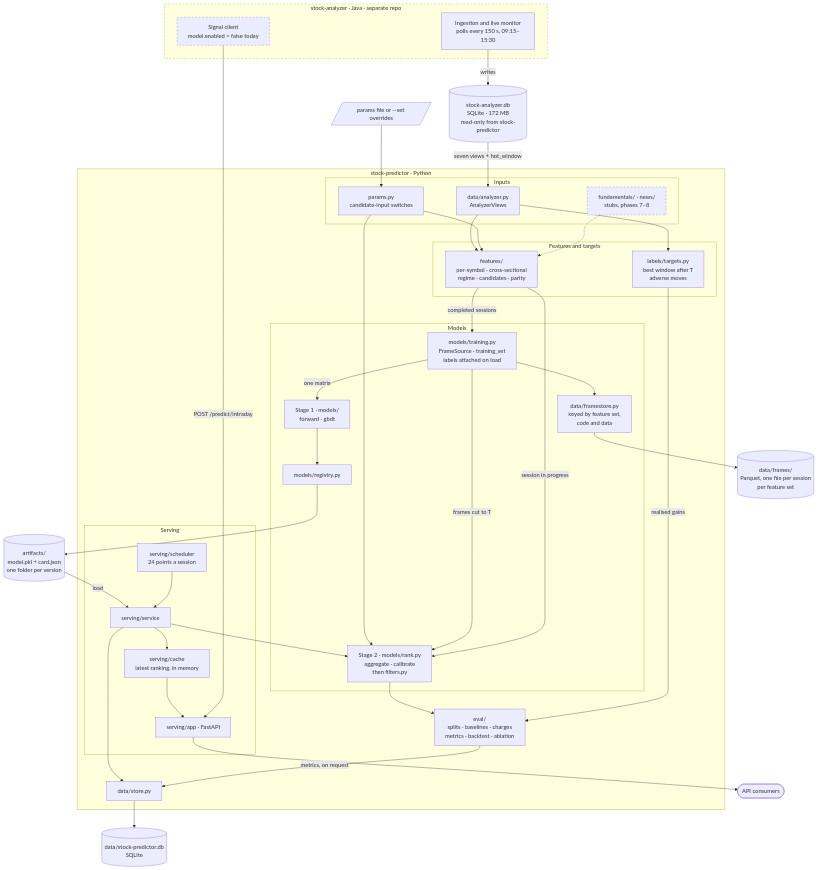
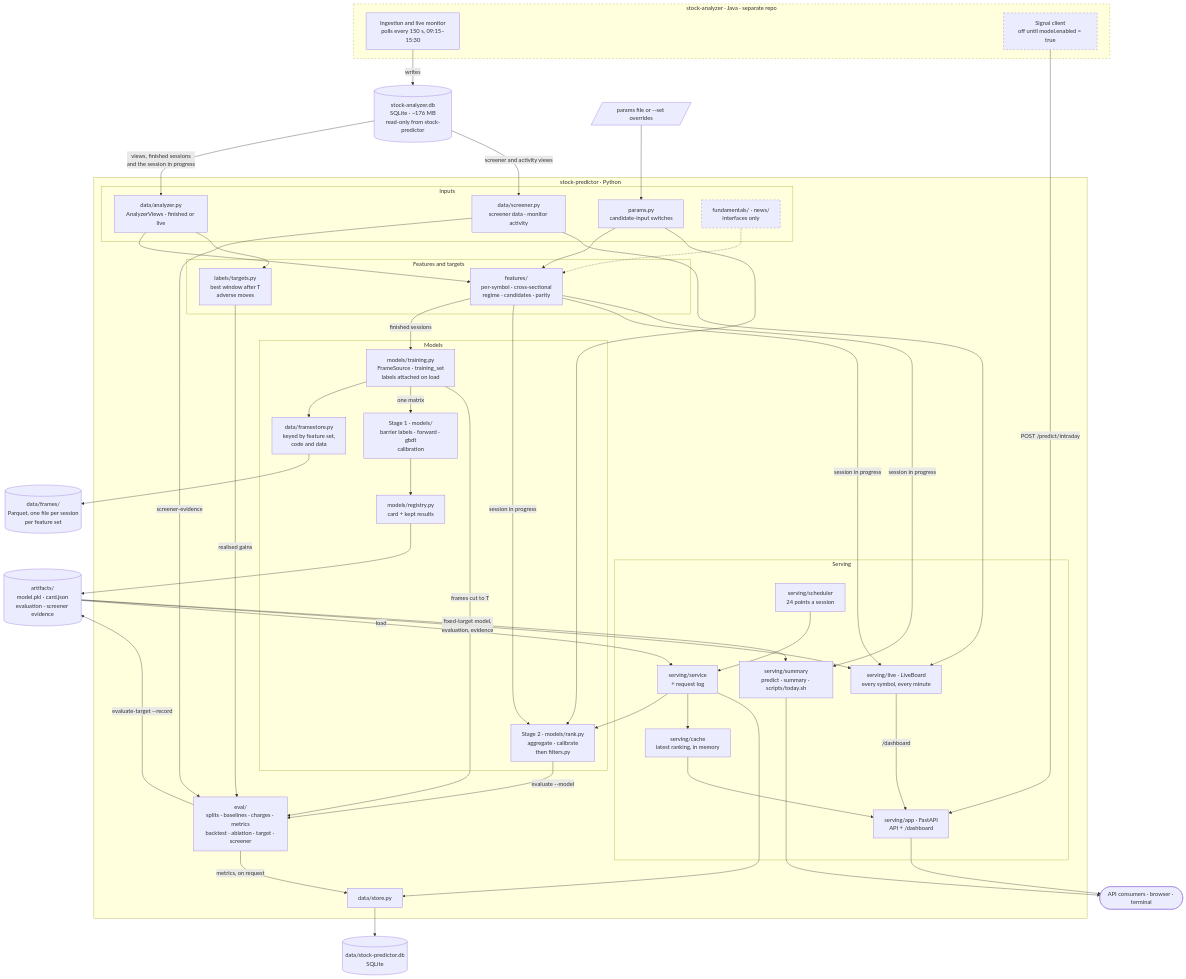
The diagram in docs/ARCHITECTURE.md (agnbha/stock-predictor), drawn with Mermaid before and after one commit. The commit also changed other lines of this file and 2 other files, not shown here.

First line of the commit message:
Consolidate the design and architecture docs

```diff
--- a/docs/ARCHITECTURE.md
+++ b/docs/ARCHITECTURE.md
@@ -13,16 +14,17 @@
 flowchart TB
   subgraph SA["stock-analyzer · Java · separate repo"]
     ingest["Ingestion and live monitor<br/>polls every 150 s, 09:15–15:30"]
-    monitor["Signal client<br/>model.enabled = false today"]
+    monitor["Signal client<br/>off until model.enabled = true"]
   end
 
-  adb[("stock-analyzer.db<br/>SQLite · 172 MB<br/>read-only from stock-predictor")]
+  adb[("stock-analyzer.db<br/>SQLite · ~176 MB<br/>read-only from stock-predictor")]
 
   subgraph SP["stock-predictor · Python"]
     subgraph INPUTS["Inputs"]
-      reader["data/analyzer.py<br/>AnalyzerViews"]
+      reader["data/analyzer.py<br/>AnalyzerViews · finished or live"]
+      scr["data/screener.py<br/>screener data · monitor activity"]
       params["params.py<br/>candidate-input switches"]
-      stubs["fundamentals/ · news/<br/>stubs, phases 7–8"]
+      stubs["fundamentals/ · news/<br/>interfaces only"]
     end
 
     subgraph BUILD["Features and targets"]
@@ -33,18 +35,20 @@
     subgraph MODELS["Models"]
       trainset["models/training.py<br/>FrameSource · training_set<br/>labels attached on load"]
       fstore["data/framestore.py<br/>keyed by feature set,<br/>code and data"]
-      stage1["Stage 1 · models/<br/>forward · gbdt"]
-      registry["models/registry.py"]
+      stage1["Stage 1 · models/<br/>barrier labels · forward · gbdt<br/>calibration"]
+      registry["models/registry.py<br/>card + kept results"]
       stage2["Stage 2 · models/rank.py<br/>aggregate · calibrate<br/>then filters.py"]
     end
 
-    evalm["eval/<br/>splits · baselines · charges<br/>metrics · backtest · ablation"]
+    evalm["eval/<br/>splits · baselines · charges · metrics<br/>backtest · ablation · target · screener"]
 
     subgraph SERVING["Serving"]
       sched["serving/scheduler<br/>24 points a session"]
-      svc["serving/service"]
+      board["serving/live · LiveBoard<br/>every symbol, every minute"]
+      summary["serving/summary<br/>predict · summary · scripts/today.sh"]
+      svc["serving/service<br/>+ request log"]
       cache["serving/cache<br/>latest ranking, in memory"]
-      app["serving/app · FastAPI"]
+      app["serving/app · FastAPI<br/>API + /dashboard"]
     end
 
     store["data/store.py"]
@@ -52,37 +56,47 @@
 
   toml[/"params file or --set overrides"/]
   frames[("data/frames/<br/>Parquet, one file per session<br/>per feature set")]
-  art[("artifacts/<br/>model.pkl + card.json<br/>one folder per version")]
+  art[("artifacts/<br/>model.pkl · card.json<br/>evaluation · screener evidence")]
   pdb[("data/stock-predictor.db<br/>SQLite")]
-  client(["API consumers"])
+  client(["API consumers · browser · terminal"])
 
   ingest -->|"writes"| adb
-  adb -->|"seven views + hot_window"| reader
+  adb -->|"views, finished sessions<br/>and the session in progress"| reader
+  adb -->|"screener and activity views"| scr
   reader --> feats
   reader --> labels
   toml --> params
   params --> feats
   params --> stage2
   stubs -.-> feats
-  feats -->|"completed sessions"| trainset
+  feats -->|"finished sessions"| trainset
   trainset --> fstore
   fstore --> frames
   trainset -->|"one matrix"| stage1
   stage1 --> registry
   registry --> art
+  trainset -->|"frames cut to T"| evalm
+  stage2 -->|"evaluate --model"| evalm
+  scr -->|"screener-evidence"| evalm
+  evalm -->|"evaluate-target --record"| art
+  labels -->|"realised gains"| evalm
   art -->|"load"| svc
-  trainset -->|"frames cut to T"| stage2
+  art -->|"fixed-target model,<br/>evaluation, evidence"| board
+  art --> summary
   feats -->|"session in progress"| stage2
-  stage2 --> evalm
-  labels -->|"realised gains"| evalm
+  feats -->|"session in progress"| board
+  feats -->|"session in progress"| summary
+  scr --> board
   sched --> svc
   svc --> stage2
   svc --> cache
   cache --> app
+  board -->|"/dashboard"| app
   svc --> store
   evalm -->|"metrics, on request"| store
   store --> pdb
   app --> client
+  summary --> client
   monitor -->|"POST /predict/intraday"| app
 
   classDef dashed stroke-dasharray: 5 5
```
